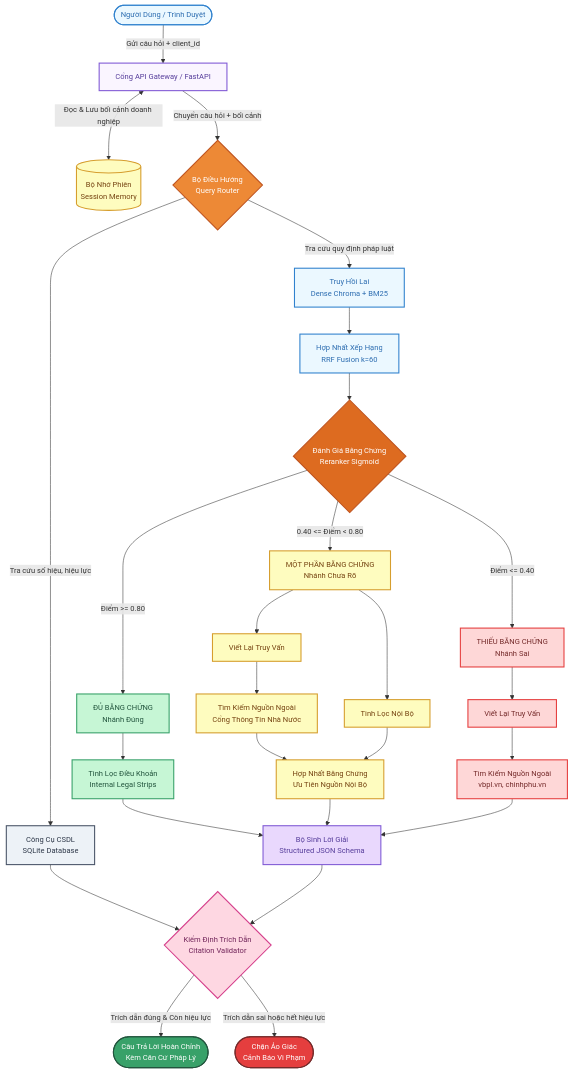
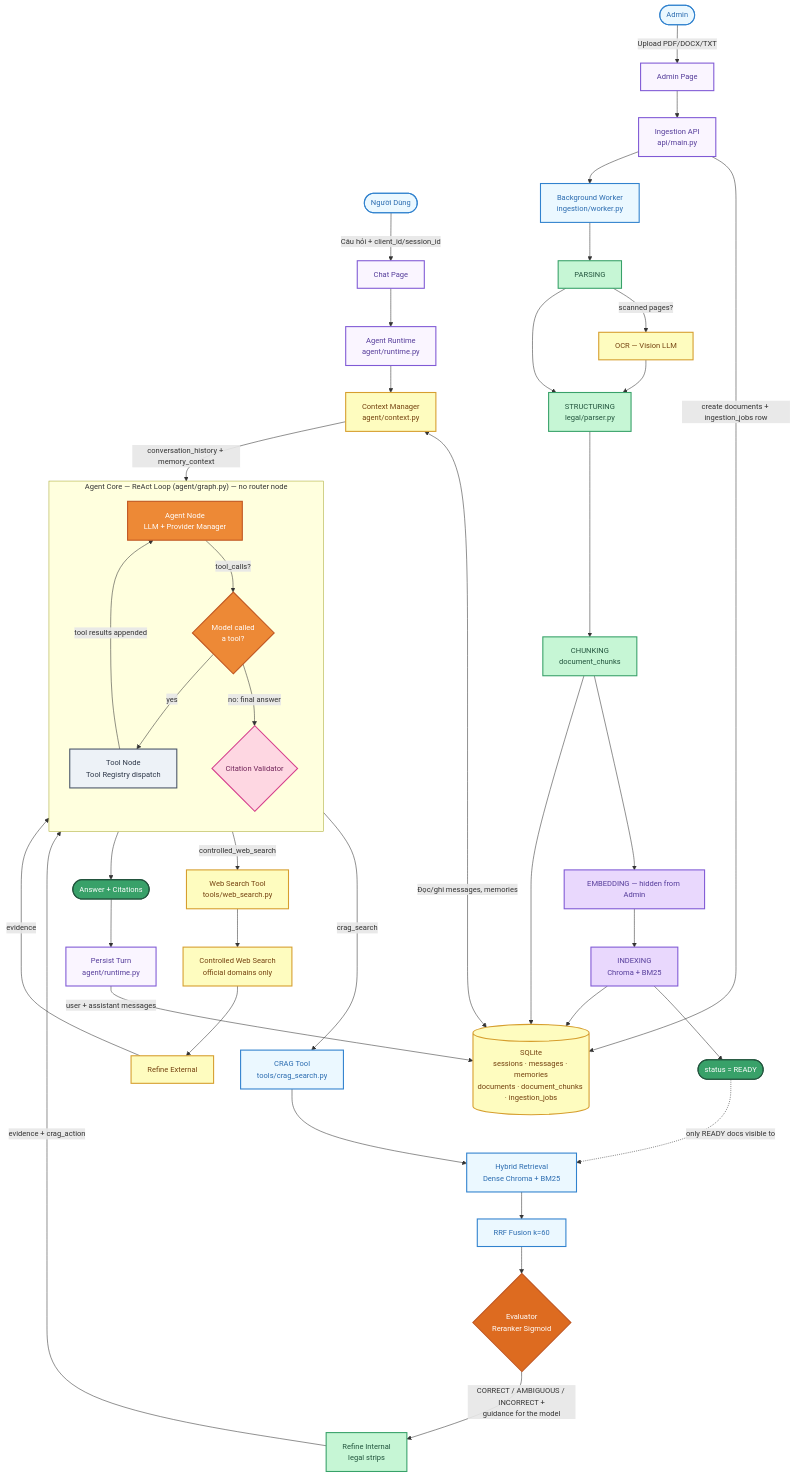
Before and after one commit to louisdevzz/crag: the diagram in docs/workflow.mmd, drawn with Mermaid. The commit also changed 79 other files, not shown here.

First line of the commit message:
feat(frontend,agent): redesign chat UI with beui components, unify admin layout, and enhance agent intelligence

```diff
--- a/docs/workflow.mmd
+++ b/docs/workflow.mmd
@@ -1,64 +1,68 @@
 %%{init: {'theme': 'default', 'themeVariables': {'background': '#FFFFFF', 'fontFamily': 'sans-serif', 'fontSize': '14px'}}}%%
 flowchart TD
-    %% TẦNG 1: NGƯỜI DÙNG & GIAO DIỆN
-    USER([Người Dùng / Trình Duyệt]):::cUser -->|Gửi câu hỏi + client_id| API[Cổng API Gateway / FastAPI]:::cApi
+    %% ============ CHAT SIDE ============
+    USER([Người Dùng]):::cUser -->|Câu hỏi + client_id/session_id| CHATPAGE[Chat Page]:::cApi
+    CHATPAGE --> RUNTIME[Agent Runtime<br/>agent/runtime.py]:::cApi
 
-    %% TẦNG MEMORY
-    API <-->|Đọc & Lưu bối cảnh doanh nghiệp| MEM[(Bộ Nhớ Phiên<br/>Session Memory)]:::cMem
-    API -->|Chuyển câu hỏi + bối cảnh| ROUTER{Bộ Điều Hướng<br/>Query Router}:::cRouter
+    RUNTIME --> CTXMGR[Context Manager<br/>agent/context.py]:::cMem
+    CTXMGR <-->|Đọc/ghi messages, memories| SQLITE[(SQLite<br/>sessions · messages · memories<br/>documents · document_chunks · ingestion_jobs)]:::cMem
+    CTXMGR -->|conversation_history + memory_context| CORE
 
-    %% PHÂN LUỒNG ROUTER
-    ROUTER -->|Tra cứu số hiệu, hiệu lực| DB[Công Cụ CSDL<br/>SQLite Database]:::cDb
-    ROUTER -->|Tra cứu quy định pháp luật| RETRIEVE[Truy Hồi Lai<br/>Dense Chroma + BM25]:::cRetrieve
+    subgraph REACT["Agent Core — ReAct Loop (agent/graph.py) — no router node"]
+        direction TB
+        CORE[Agent Node<br/>LLM + Provider Manager]:::cRouter
+        CORE -->|tool_calls?| DECIDE{Model called<br/>a tool?}:::cRouter
+        DECIDE -->|yes| TOOLS[Tool Node<br/>Tool Registry dispatch]:::cDb
+        TOOLS -->|tool results appended| CORE
+        DECIDE -->|no: final answer| VALIDATE
+    end
 
-    %% NHÁNH CSDL
-    DB --> VALIDATE
+    TOOLS -->|crag_search| CRAGTOOL[CRAG Tool<br/>tools/crag_search.py]:::cRetrieve
+    TOOLS -->|controlled_web_search| WEBTOOL[Web Search Tool<br/>tools/web_search.py]:::cAmb
 
-    %% TRUY HỒI & ĐÁNH GIÁ
-    RETRIEVE --> RRF[Hợp Nhất Xếp Hạng<br/>RRF Fusion k=60]:::cRetrieve
-    RRF --> EVAL{Đánh Giá Bằng Chứng<br/>Reranker Sigmoid}:::cEval
+    CRAGTOOL --> RETRIEVE[Hybrid Retrieval<br/>Dense Chroma + BM25]:::cRetrieve
+    RETRIEVE --> RRF[RRF Fusion k=60]:::cRetrieve
+    RRF --> EVAL{Evaluator<br/>Reranker Sigmoid}:::cEval
+    EVAL -->|CORRECT / AMBIGUOUS / INCORRECT +<br/>guidance for the model| REFINE[Refine Internal<br/>legal strips]:::cCorrect
+    REFINE -->|evidence + crag_action| TOOLS
 
-    %% 3 NHÁNH CRAG
-    EVAL -->|Điểm >= 0.80| BR_CORRECT[ĐỦ BẰNG CHỨNG<br/>Nhánh Đúng]:::cCorrect
-    EVAL -->|0.40 <= Điểm < 0.80| BR_AMB[MỘT PHẦN BẰNG CHỨNG<br/>Nhánh Chưa Rõ]:::cAmb
-    EVAL -->|Điểm <= 0.40| BR_INC[THIẾU BẰNG CHỨNG<br/>Nhánh Sai]:::cInc
+    WEBTOOL --> SEARCH[Controlled Web Search<br/>official domains only]:::cAmb
+    SEARCH --> REFINEEXT[Refine External]:::cAmb
+    REFINEEXT -->|evidence| TOOLS
 
-    %% XỬ LÝ NHÁNH CORRECT
-    BR_CORRECT --> REFINE[Tinh Lọc Điều Khoản<br/>Internal Legal Strips]:::cCorrect
-    REFINE --> GEN
+    VALIDATE{Citation Validator}:::cVal --> ANSWER([Answer + Citations]):::cSuccess
+    ANSWER --> PERSIST[Persist Turn<br/>agent/runtime.py]:::cApi
+    PERSIST -->|user + assistant messages| SQLITE
 
-    %% XỬ LÝ NHÁNH AMBIGUOUS
-    BR_AMB --> REFINE_AMB[Tinh Lọc Nội Bộ]:::cAmb
-    BR_AMB --> REWRITE_AMB[Viết Lại Truy Vấn]:::cAmb
-    REWRITE_AMB --> WEB_AMB[Tìm Kiếm Nguồn Ngoài<br/>Cổng Thông Tin Nhà Nước]:::cAmb
-    WEB_AMB --> MERGE[Hợp Nhất Bằng Chứng<br/>Ưu Tiên Nguồn Nội Bộ]:::cAmb
-    REFINE_AMB --> MERGE
-    MERGE --> GEN
+    %% ============ ADMIN / INGESTION SIDE ============
+    ADMIN([Admin]):::cUser -->|Upload PDF/DOCX/TXT| ADMINPAGE[Admin Page]:::cApi
+    ADMINPAGE --> INGESTAPI[Ingestion API<br/>api/main.py]:::cApi
+    INGESTAPI -->|create documents + ingestion_jobs row| SQLITE
+    INGESTAPI --> WORKER[Background Worker<br/>ingestion/worker.py]:::cRetrieve
 
-    %% XỬ LÝ NHÁNH INCORRECT
-    BR_INC --> REWRITE_INC[Viết Lại Truy Vấn]:::cInc
-    REWRITE_INC --> WEB_INC[Tìm Kiếm Nguồn Ngoài<br/>vbpl.vn, chinhphu.vn]:::cInc
-    WEB_INC --> GEN
+    WORKER --> P_PARSE[PARSING]:::cCorrect
+    P_PARSE -->|scanned pages?| P_OCR[OCR — Vision LLM]:::cAmb
+    P_PARSE --> P_STRUCT[STRUCTURING<br/>legal/parser.py]:::cCorrect
+    P_OCR --> P_STRUCT
+    P_STRUCT --> P_CHUNK[CHUNKING<br/>document_chunks]:::cCorrect
+    P_CHUNK --> P_EMBED[EMBEDDING — hidden from Admin]:::cGen
+    P_EMBED --> P_INDEX[INDEXING<br/>Chroma + BM25]:::cGen
+    P_INDEX --> READY([status = READY]):::cSuccess
+    READY -.->|only READY docs visible to| RETRIEVE
+    P_CHUNK --> SQLITE
+    P_INDEX --> SQLITE
 
-    %% SINH LỜI GIẢI & KIỂM ĐỊNH
-    GEN[Bộ Sinh Lời Giải<br/>Structured JSON Schema]:::cGen --> VALIDATE{Kiểm Định Trích Dẫn<br/>Citation Validator}:::cVal
-
-    %% KẾT QUẢ CUỐI CÙNG
-    VALIDATE -->|Trích dẫn đúng & Còn hiệu lực| SUCCESS([Câu Trả Lời Hoàn Chỉnh<br/>Kèm Căn Cứ Pháp Lý]):::cSuccess
-    VALIDATE -->|Trích dẫn sai hoặc hết hiệu lực| FAIL([Chặn Ảo Giác<br/>Cảnh Báo Vi Phạm]):::cFail
-
-    %% ĐỊNH NGHĨA MÀU SẮC VÀ PHONG CÁCH
     classDef cUser fill:#EBF8FF,stroke:#3182CE,stroke-width:2px,color:#2B6CB0;
     classDef cApi fill:#FAF5FF,stroke:#805AD5,stroke-width:2px,color:#553C9A;
     classDef cMem fill:#FEFCBF,stroke:#D69E2E,stroke-width:2px,color:#744210;
     classDef cRouter fill:#ED8936,stroke:#C05621,stroke-width:2px,color:#FFFFFF;
     classDef cDb fill:#EDF2F7,stroke:#4A5568,stroke-width:2px,color:#2D3748;
     classDef cRetrieve fill:#EBF8FF,stroke:#3182CE,stroke-width:2px,color:#2B6CB0;
     classDef cEval fill:#DD6B20,stroke:#C05621,stroke-width:2px,color:#FFFFFF;
     classDef cCorrect fill:#C6F6D5,stroke:#38A169,stroke-width:2px,color:#22543D;
     classDef cAmb fill:#FEFCBF,stroke:#D69E2E,stroke-width:2px,color:#744210;
     classDef cInc fill:#FED7D7,stroke:#E53E3E,stroke-width:2px,color:#742A2A;
     classDef cGen fill:#E9D8FD,stroke:#805AD5,stroke-width:2px,color:#553C9A;
     classDef cVal fill:#FED7E2,stroke:#D53F8C,stroke-width:2px,color:#702459;
     classDef cSuccess fill:#38A169,stroke:#22543D,stroke-width:2px,color:#FFFFFF;
     classDef cFail fill:#E53E3E,stroke:#742A2A,stroke-width:2px,color:#FFFFFF;
```
